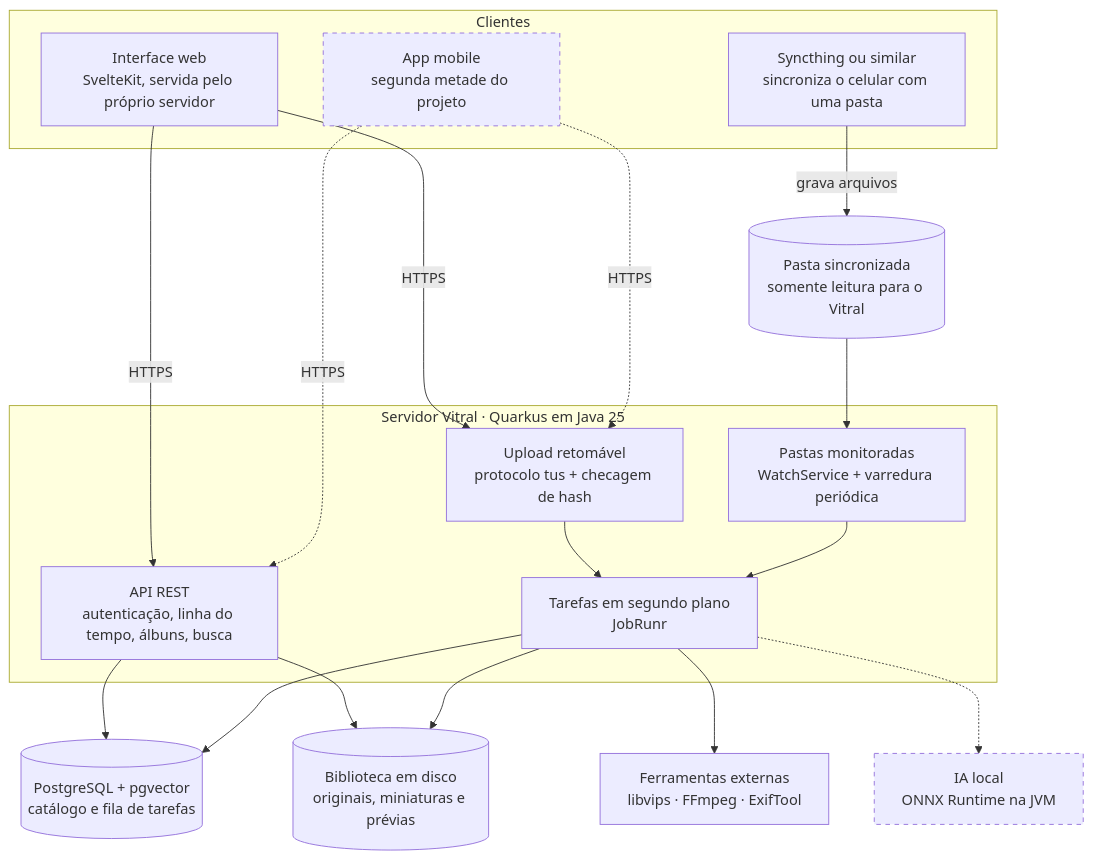
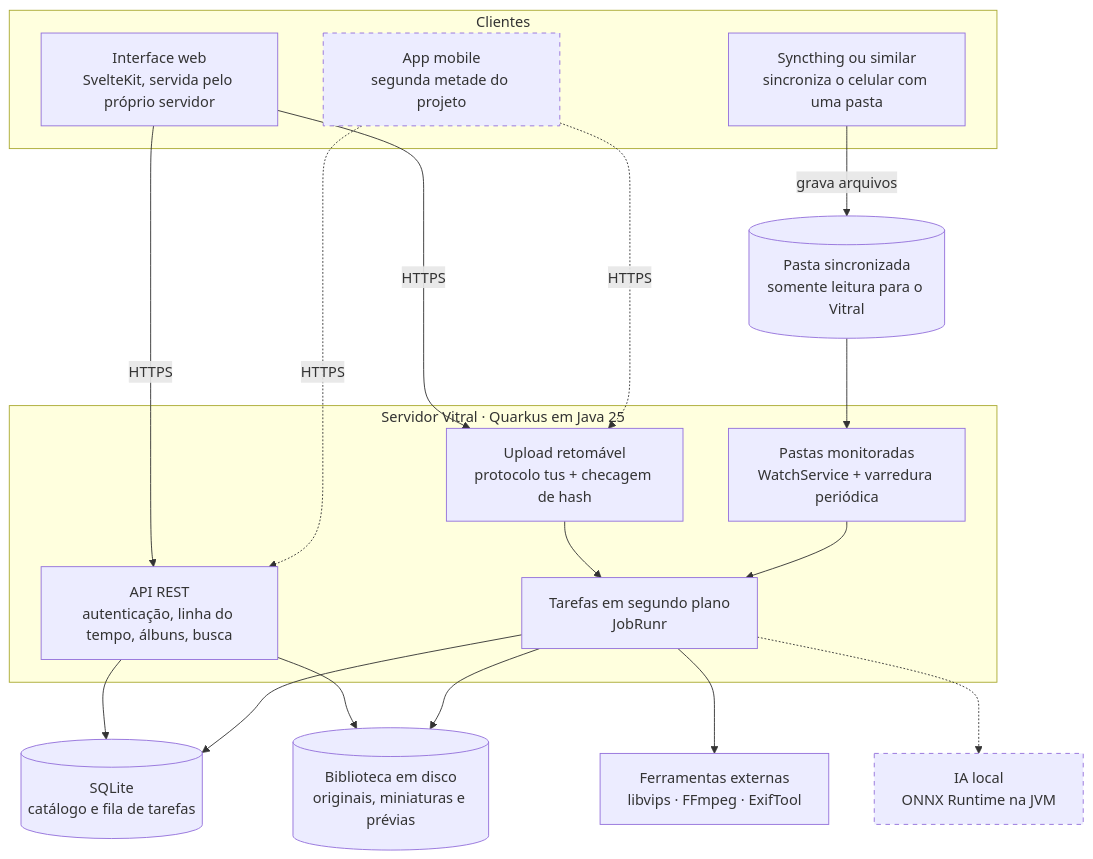
The first of 2 diagrams in vitral-backend/README.md (metalicarus/vitral), drawn with Mermaid before and after one commit. The commit also changed other lines of this file and 13 other files, not shown here.

````diff
--- a/vitral-backend/README.md
+++ b/vitral-backend/README.md
@@ -25,39 +25,39 @@
 ```mermaid
 flowchart TB
     subgraph clientes["Clientes"]
         web["Interface web<br/>SvelteKit, servida pelo próprio servidor"]
         mobile["App mobile<br/>segunda metade do projeto"]:::futuro
         sync["Syncthing ou similar<br/>sincroniza o celular com uma pasta"]
     end
 
     subgraph servidor["Servidor Vitral · Quarkus em Java 25"]
         api["API REST<br/>autenticação, linha do tempo, álbuns, busca"]
         upload["Upload retomável<br/>protocolo tus + checagem de hash"]
         watcher["Pastas monitoradas<br/>WatchService + varredura periódica"]
         jobs["Tarefas em segundo plano<br/>JobRunr"]
     end
 
     pasta[("Pasta sincronizada<br/>somente leitura para o Vitral")]
-    db[("PostgreSQL + pgvector<br/>catálogo e fila de tarefas")]
+    db[("SQLite<br/>catálogo e fila de tarefas")]
     disco[("Biblioteca em disco<br/>originais, miniaturas e prévias")]
     tools["Ferramentas externas<br/>libvips · FFmpeg · ExifTool"]
     ia["IA local<br/>ONNX Runtime na JVM"]:::futuro
 
     web -->|HTTPS| api
     web -->|HTTPS| upload
     mobile -.->|HTTPS| api
     mobile -.->|HTTPS| upload
     sync -->|grava arquivos| pasta
     pasta --> watcher
 
     upload --> jobs
     watcher --> jobs
     api --> db
     api --> disco
     jobs --> db
     jobs --> disco
     jobs --> tools
     jobs -.-> ia
 
     classDef futuro stroke-dasharray: 5 5
 ```
````
